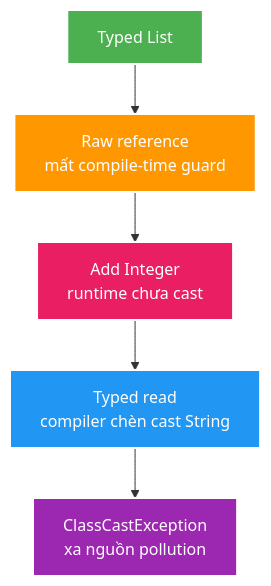
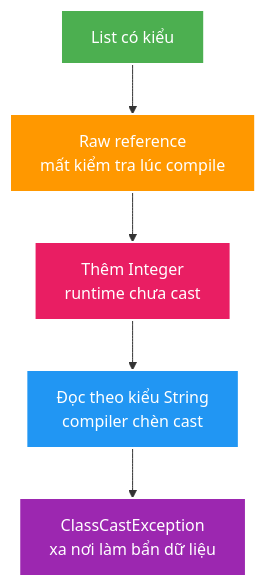
Before and after one commit to HungPhan200591/live-stream-backend: the second of 2 diagrams in docs/learning/topics/java/theory/deep-dives/equality-erasure-variance-and-mutable-keys.md, drawn with Mermaid. The commit also changed other lines of this file and 177 other files, not shown here.

````diff
--- a/docs/learning/topics/java/theory/deep-dives/equality-erasure-variance-and-mutable-keys.md
+++ b/docs/learning/topics/java/theory/deep-dives/equality-erasure-variance-and-mutable-keys.md
@@ -46,13 +46,13 @@
 ```mermaid
 flowchart TB
-    A["Typed List<String>"] --> B["Raw reference<br/>mất compile-time guard"]
-    B --> C["Add Integer<br/>runtime chưa cast"]
-    C --> D["Typed read<br/>compiler chèn cast String"]
-    D --> E["ClassCastException<br/>xa nguồn pollution"]
+    A["List<String> có kiểu"] --> B["Raw reference<br/>mất kiểm tra lúc compile"]
+    B --> C["Thêm Integer<br/>runtime chưa cast"]
+    C --> D["Đọc theo kiểu String<br/>compiler chèn cast"]
+    D --> E["ClassCastException<br/>xa nơi làm bẩn dữ liệu"]
 
     style A fill:#4CAF50,stroke:#fff,stroke-width:2px,color:#fff
     style B fill:#FF9800,stroke:#fff,stroke-width:2px,color:#fff
     style C fill:#E91E63,stroke:#fff,stroke-width:2px,color:#fff
     style D fill:#2196F3,stroke:#fff,stroke-width:2px,color:#fff
     style E fill:#9C27B0,stroke:#fff,stroke-width:2px,color:#fff
 ```
````
